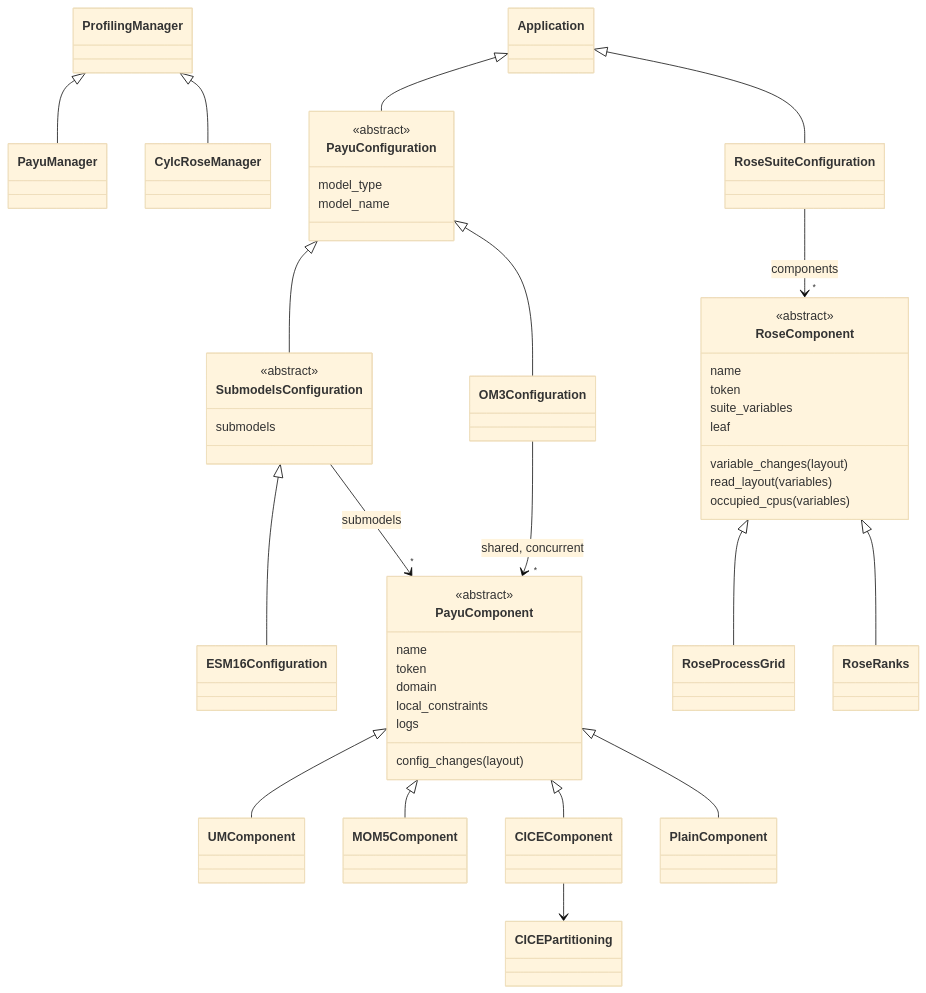
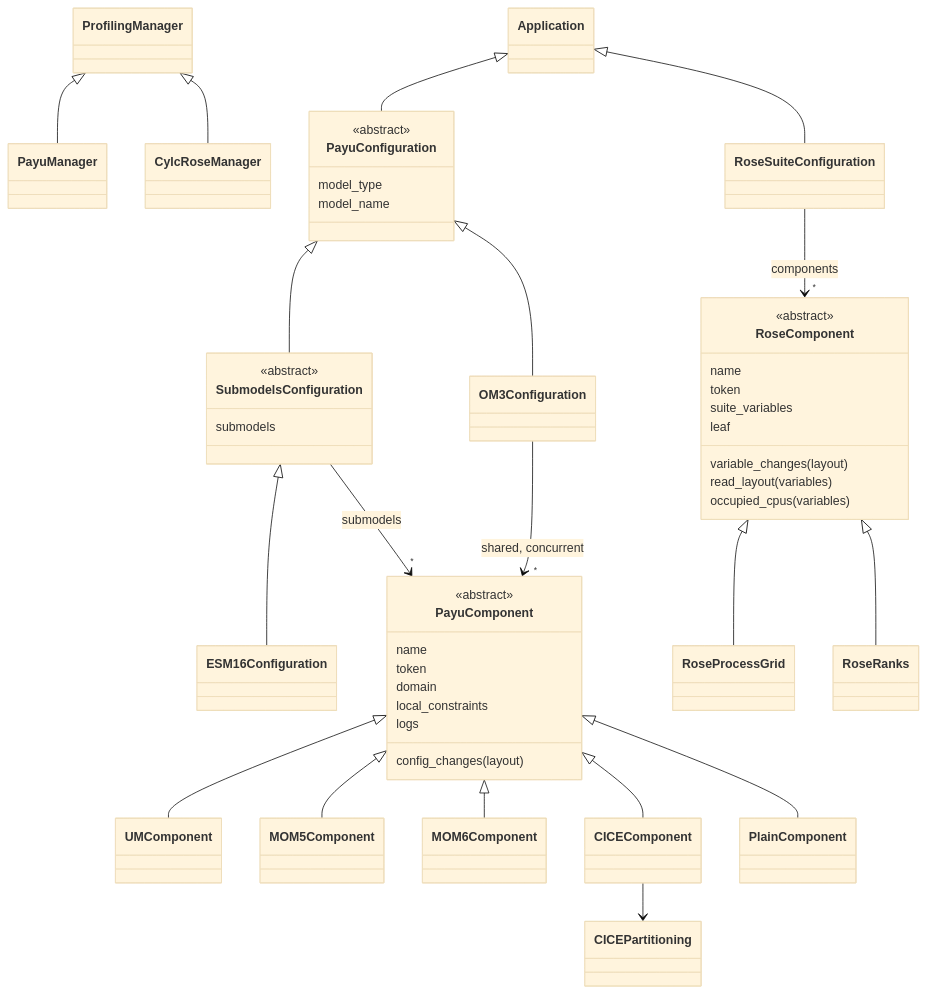
Before and after one commit to ACCESS-NRI/access-profiling: the second of 3 diagrams in documentation/docs/pages/developer-guide/index.md, drawn with Mermaid (base theme). The commit also changed other lines of this file and 28 other files, not shown here.

````diff
--- a/documentation/docs/pages/developer-guide/index.md
+++ b/documentation/docs/pages/developer-guide/index.md
@@ -99,49 +104,50 @@
 ```mermaid
 classDiagram
     direction TB
     ProfilingManager <|-- PayuManager
     ProfilingManager <|-- CylcRoseManager
     class PayuConfiguration {
         <<abstract>>
         model_type
         model_name
     }
     class SubmodelsConfiguration {
         <<abstract>>
         submodels
     }
     class PayuComponent {
         <<abstract>>
         name
         token
         domain
         local_constraints
         logs
         config_changes(layout)
     }
     class RoseComponent {
         <<abstract>>
         name
         token
         suite_variables
         leaf
         variable_changes(layout)
         read_layout(variables)
         occupied_cpus(variables)
     }
     Application <|-- PayuConfiguration
     Application <|-- RoseSuiteConfiguration
     RoseSuiteConfiguration --> "*" RoseComponent : components
     RoseComponent <|-- RoseProcessGrid
     RoseComponent <|-- RoseRanks
     PayuConfiguration <|-- SubmodelsConfiguration
     PayuConfiguration <|-- OM3Configuration
     SubmodelsConfiguration <|-- ESM16Configuration
     SubmodelsConfiguration --> "*" PayuComponent : submodels
     PayuComponent <|-- UMComponent
     PayuComponent <|-- MOM5Component
+    PayuComponent <|-- MOM6Component
     PayuComponent <|-- CICEComponent
     PayuComponent <|-- PlainComponent
     CICEComponent --> CICEPartitioning
     OM3Configuration --> "*" PayuComponent : shared, concurrent
 ```
````
